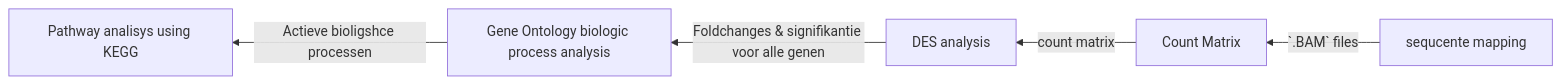
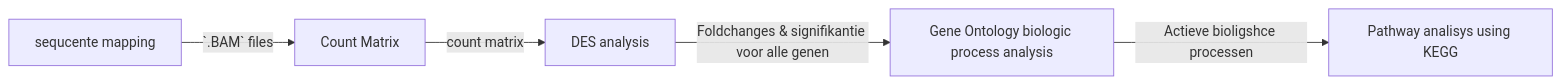
The diagram in README.md (Quantum-Coder826/J2P4casusTranscriptomics), drawn with Mermaid before and after one commit.

Commit message:
Change diagram direaction

````diff
--- a/README.md
+++ b/README.md
@@ -38,17 +38,17 @@
 ```mermaid
-graph RL;
+graph LR;
   seq_map[sequcente mapping];
   matrix[Count Matrix];
   data_ana[DES analysis];
   GO_ana[Gene Ontology biologic process analysis];
   KEGG_ana[Pathway analisys using KEGG];
   
   click seq_map "https://github.com/Quantum-Coder826/J2P4casusTranscriptomics/blob/main/scripts/seq_mapping.R";
   click matrix "https://github.com/Quantum-Coder826/J2P4casusTranscriptomics/blob/main/scripts/count_matrix.R";
   click data_ana "https://github.com/Quantum-Coder826/J2P4casusTranscriptomics/blob/main/scripts/data_ana.R";
   click GO_ana "https://github.com/Quantum-Coder826/J2P4casusTranscriptomics/blob/main/scripts/GO_analysis.R";
   click KEGG_ana "https://github.com/Quantum-Coder826/J2P4casusTranscriptomics/blob/main/scripts/KEGG_analysis.R";
   
   seq_map -->|`.BAM` files| matrix -->|count matrix| data_ana -->|Foldchanges & signifikantie voor alle genen| GO_ana -->|Actieve bioligshce processen| KEGG_ana;
 
 ```
````
